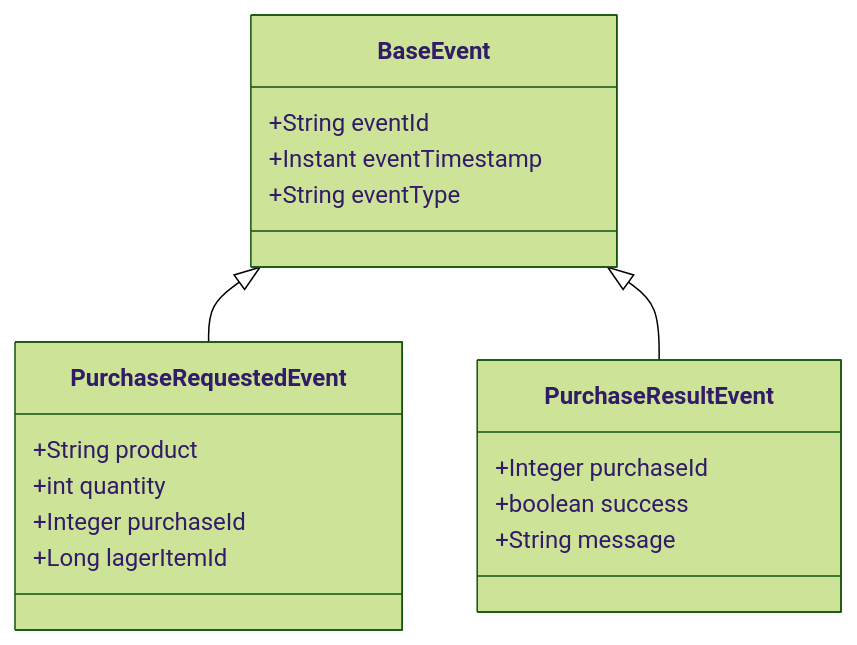
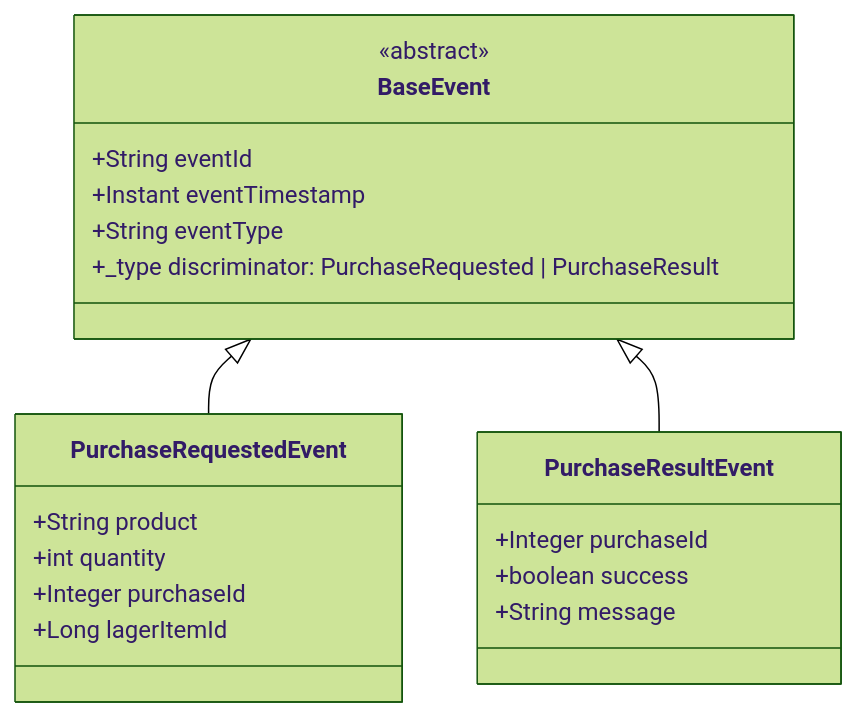
The eighth of 13 diagrams in docs/_drafts/thesis-concepts.md (mohamad4444/cloud-native-purchase-system), drawn with Mermaid (forest theme) before and after one commit. The commit also changed other lines of this file and 5 other files, not shown here.

Commit message:
docs: correct diagram inaccuracies found in source-code review

````diff
--- a/docs/_drafts/thesis-concepts.md
+++ b/docs/_drafts/thesis-concepts.md
@@ -168,21 +176,23 @@
 ```mermaid
 classDiagram
   class BaseEvent {
+    <<abstract>>
     +String eventId
     +Instant eventTimestamp
     +String eventType
+    +_type discriminator: PurchaseRequested | PurchaseResult
   }
   class PurchaseRequestedEvent {
     +String product
     +int quantity
     +Integer purchaseId
     +Long lagerItemId
   }
   class PurchaseResultEvent {
     +Integer purchaseId
     +boolean success
     +String message
   }
   BaseEvent <|-- PurchaseRequestedEvent
   BaseEvent <|-- PurchaseResultEvent
 ```
````
